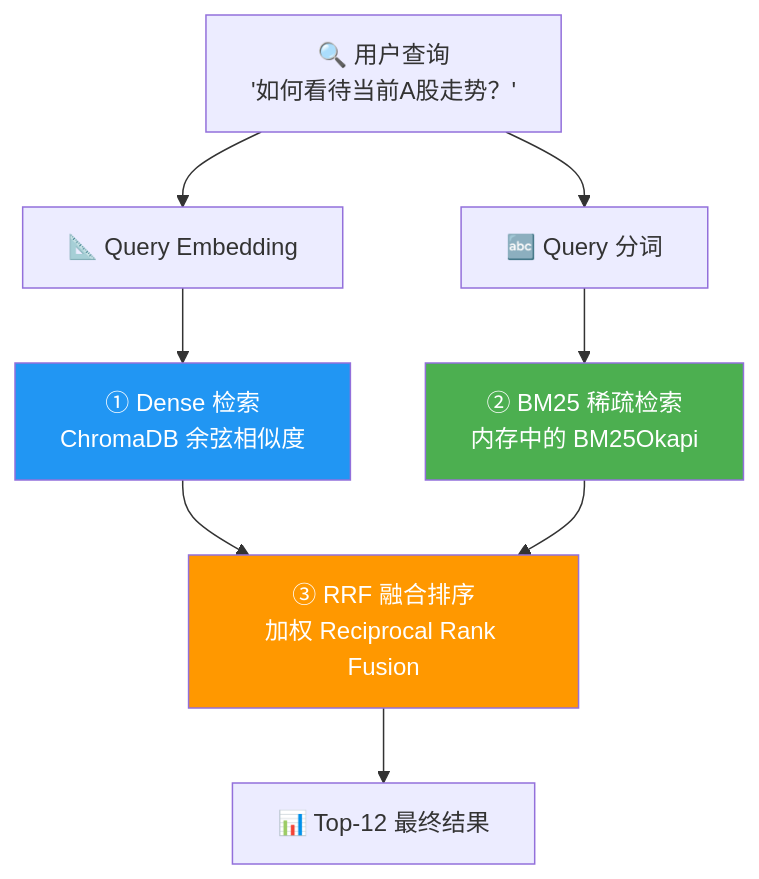
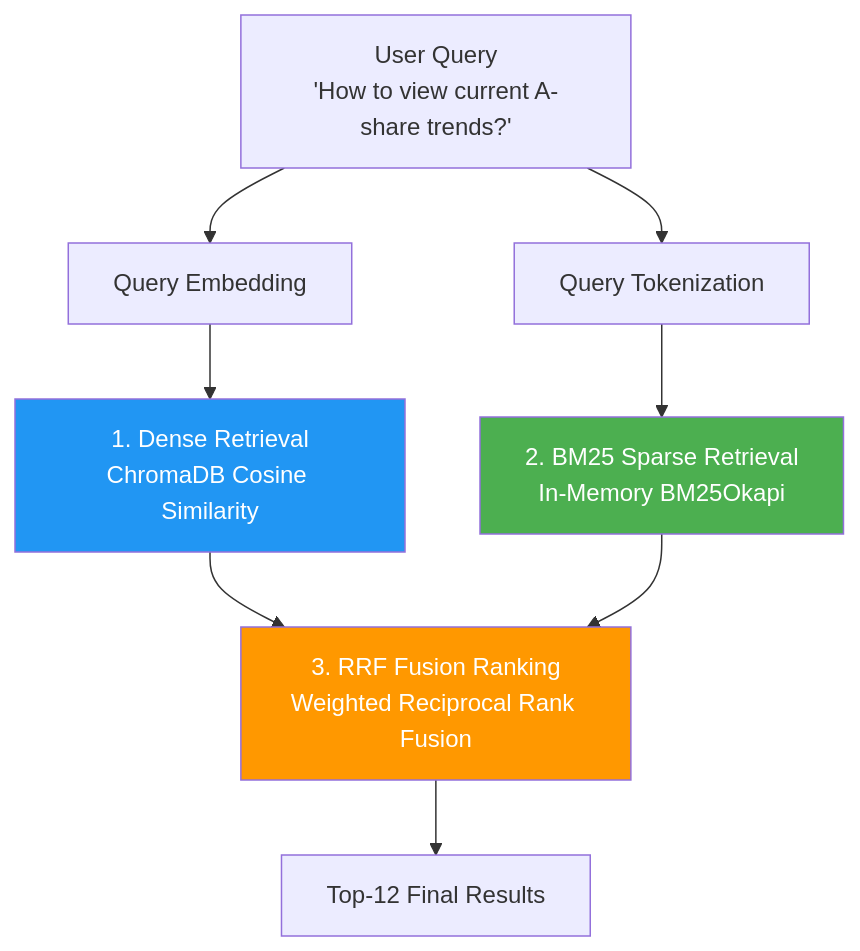
One commit to XUranus/dungeon changed the first of 3 diagrams in docs/docs/rag/hybrid-retrieval.mdx. Above: the diagram before and after it, drawn with Mermaid. The commit also changed other lines of this file and 75 other files, not shown here.

````diff
--- a/docs/docs/rag/hybrid-retrieval.mdx
+++ b/docs/docs/rag/hybrid-retrieval.mdx
@@ -18,17 +18,17 @@
 ```mermaid
 flowchart TB
-    Q["🔍 用户查询\n'如何看待当前A股走势？'"] --> E["📐 Query Embedding"]
-    Q --> T["🔤 Query 分词"]
+    Q["User Query\n'How to view current A-share trends?'"] --> E["Query Embedding"]
+    Q --> T["Query Tokenization"]
 
-    E --> D["① Dense 检索\nChromaDB 余弦相似度"]
-    T --> B["② BM25 稀疏检索\n内存中的 BM25Okapi"]
+    E --> D["1. Dense Retrieval\nChromaDB Cosine Similarity"]
+    T --> B["2. BM25 Sparse Retrieval\nIn-Memory BM25Okapi"]
 
-    D --> R["③ RRF 融合排序\n加权 Reciprocal Rank Fusion"]
+    D --> R["3. RRF Fusion Ranking\nWeighted Reciprocal Rank Fusion"]
     B --> R
 
-    R --> OUT["📊 Top-12 最终结果"]
+    R --> OUT["Top-12 Final Results"]
 
     style D fill:#2196F3,color:#fff
     style B fill:#4CAF50,color:#fff
     style R fill:#FF9800,color:#fff
 ```
````
